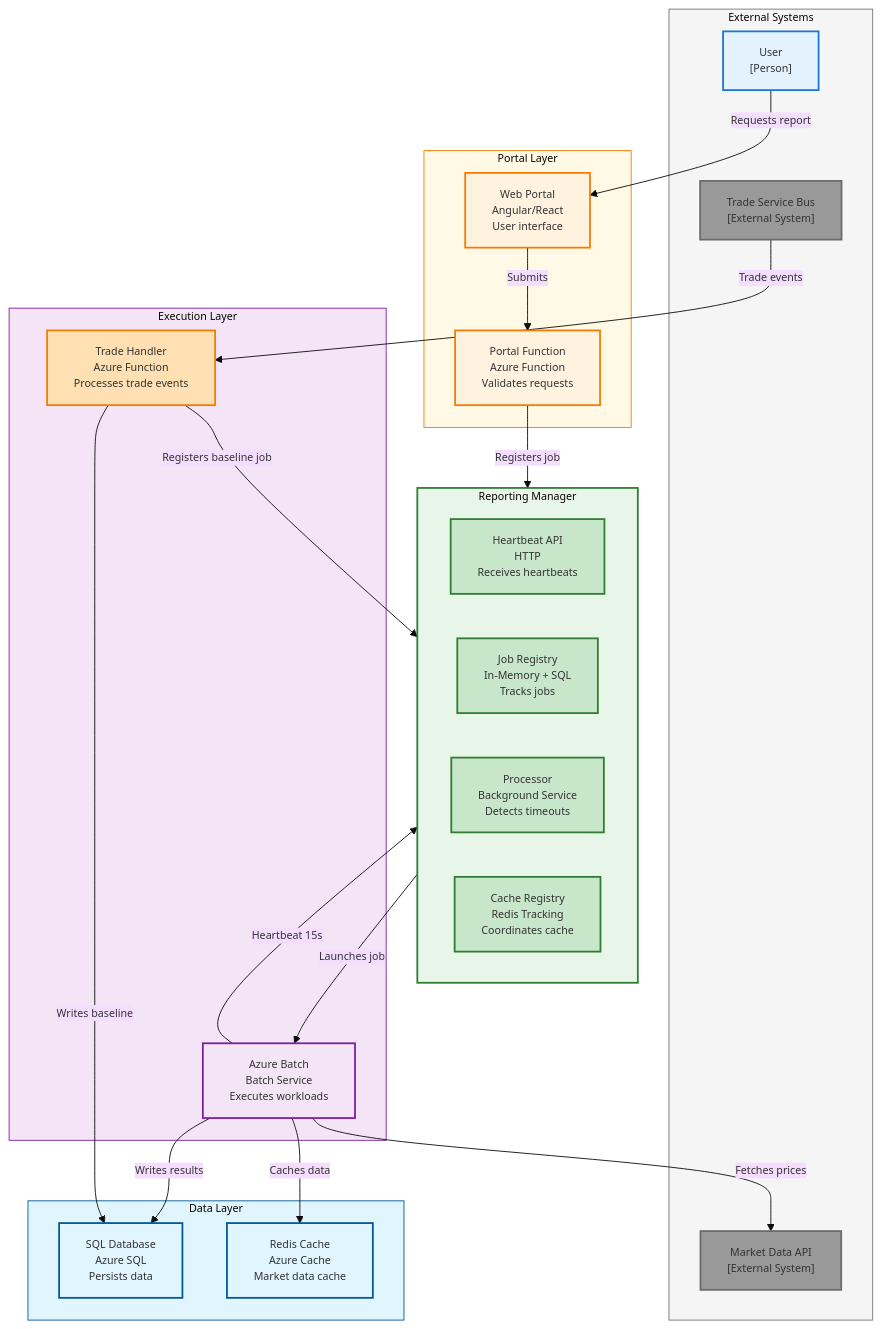
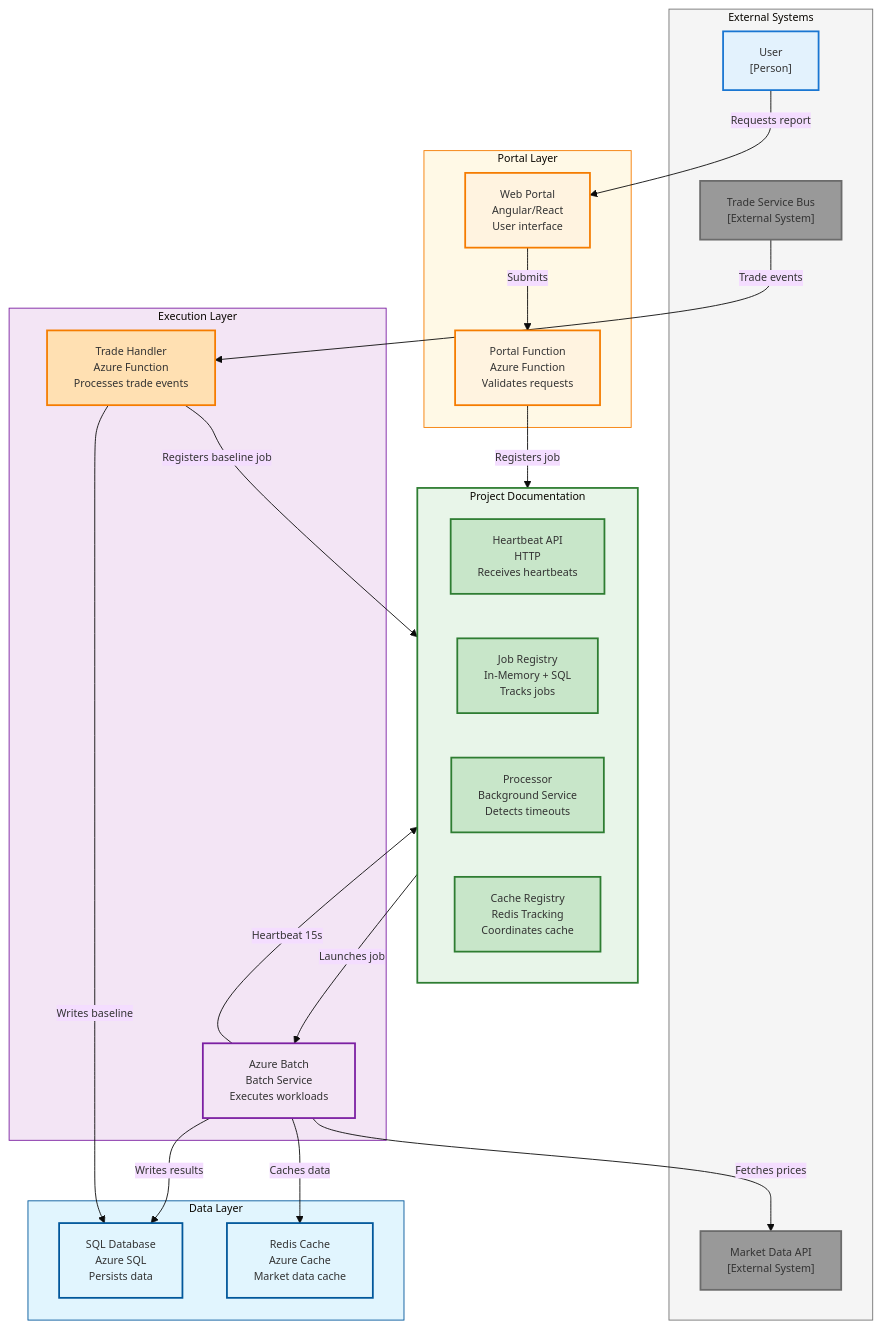
One commit to mjdevaccount/docs-pipeline changed the first of 3 diagrams in tools/pdf/tests/multi_diagram_test.md. Above: the diagram before and after it, drawn with Mermaid. The commit also changed other lines of this file and 23 other files, not shown here.

````diff
--- a/tools/pdf/tests/multi_diagram_test.md
+++ b/tools/pdf/tests/multi_diagram_test.md
@@ -26,63 +26,63 @@
 ```mermaid
 %%{init: {'theme':'base', 'themeVariables': {'fontSize':'12px'}}}%%
 graph TB
     subgraph External["External Systems"]
         User["User<br/>[Person]"]
         MarketAPI["Market Data API<br/>[External System]"]
         TradeSB["Trade Service Bus<br/>[External System]"]
     end
     
     subgraph Portal["Portal Layer"]
         PortalUI["Web Portal<br/>Angular/React<br/>User interface"]
         PortalFunc["Portal Function<br/>Azure Function<br/>Validates requests"]
     end
     
-    subgraph Manager["Reporting Manager"]
+    subgraph Manager["Project Documentation"]
         API["Heartbeat API<br/>HTTP<br/>Receives heartbeats"]
         Registry["Job Registry<br/>In-Memory + SQL<br/>Tracks jobs"]
         Processor["Processor<br/>Background Service<br/>Detects timeouts"]
         CacheReg["Cache Registry<br/>Redis Tracking<br/>Coordinates cache"]
     end
     
     subgraph Execution["Execution Layer"]
         TradeFunc["Trade Handler<br/>Azure Function<br/>Processes trade events"]
         Batch["Azure Batch<br/>Batch Service<br/>Executes workloads"]
     end
     
     subgraph Data["Data Layer"]
         SQL["SQL Database<br/>Azure SQL<br/>Persists data"]
         Redis["Redis Cache<br/>Azure Cache<br/>Market data cache"]
     end
     
     User -->|Requests report| PortalUI
     PortalUI -->|Submits| PortalFunc
     PortalFunc -->|Registers job| Manager
     Manager -->|Launches job| Batch
     Batch -->|Heartbeat 15s| Manager
     Batch -->|Fetches prices| MarketAPI
     Batch -->|Caches data| Redis
     Batch -->|Writes results| SQL
     TradeSB -->|Trade events| TradeFunc
     TradeFunc -->|Registers baseline job| Manager
     TradeFunc -->|Writes baseline| SQL
     
     style User fill:#e3f2fd,stroke:#1976d2,stroke-width:2px
     style PortalUI fill:#fff3e0,stroke:#f57c00,stroke-width:2px
     style PortalFunc fill:#fff3e0,stroke:#f57c00,stroke-width:2px
     style Manager fill:#c8e6c9,stroke:#2e7d32,stroke-width:3px
     style API fill:#c8e6c9,stroke:#2e7d32,stroke-width:2px
     style Registry fill:#c8e6c9,stroke:#2e7d32,stroke-width:2px
     style Processor fill:#c8e6c9,stroke:#2e7d32,stroke-width:2px
     style CacheReg fill:#c8e6c9,stroke:#2e7d32,stroke-width:2px
     style Batch fill:#f3e5f5,stroke:#7b1fa2,stroke-width:2px
     style TradeFunc fill:#ffe0b2,stroke:#f57c00,stroke-width:2px
     style SQL fill:#e1f5fe,stroke:#01579b,stroke-width:2px
     style Redis fill:#e1f5fe,stroke:#01579b,stroke-width:2px
     style MarketAPI fill:#999999,stroke:#6b6b6b,stroke-width:2px
     style TradeSB fill:#999999,stroke:#6b6b6b,stroke-width:2px
     style External fill:#f5f5f5,stroke:#757575,stroke-width:1px
     style Portal fill:#fff9e6,stroke:#f57c00,stroke-width:1px
     style Manager fill:#e8f5e9,stroke:#2e7d32,stroke-width:2px
     style Execution fill:#f3e5f5,stroke:#7b1fa2,stroke-width:1px
     style Data fill:#e1f5fe,stroke:#01579b,stroke-width:1px
 ```
````
